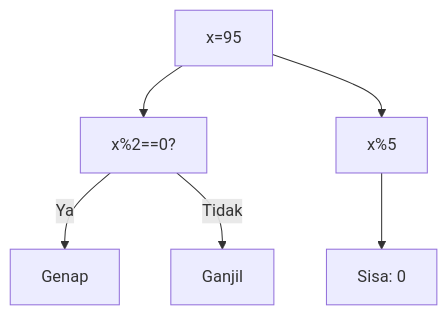
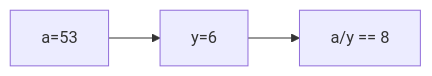
One commit to amnahwaida/OSNK_INF_PREP changed diagram 20 of 25 in part-c-pemahaman-cpp/01-tipe-data/latihan/set-09.md. Above: the diagram before and after it, drawn with Mermaid. The commit also changed other lines of this file and 71 other files, not shown here.

````diff
--- a/part-c-pemahaman-cpp/01-tipe-data/latihan/set-09.md
+++ b/part-c-pemahaman-cpp/01-tipe-data/latihan/set-09.md
@@ -592,8 +540,5 @@
 ```mermaid
-graph TD
-A["x=95"] --> B["x%2==0?"]
-B -- Ya --> C["Genap"]
-B -- Tidak --> D["Ganjil"]
-A --> E["x%5"]
-E --> F["Sisa: 0"]
+graph LR
+A["a=53"] --> B["y=6"]
+B --> C["a/y == 8"]
 ```
````
